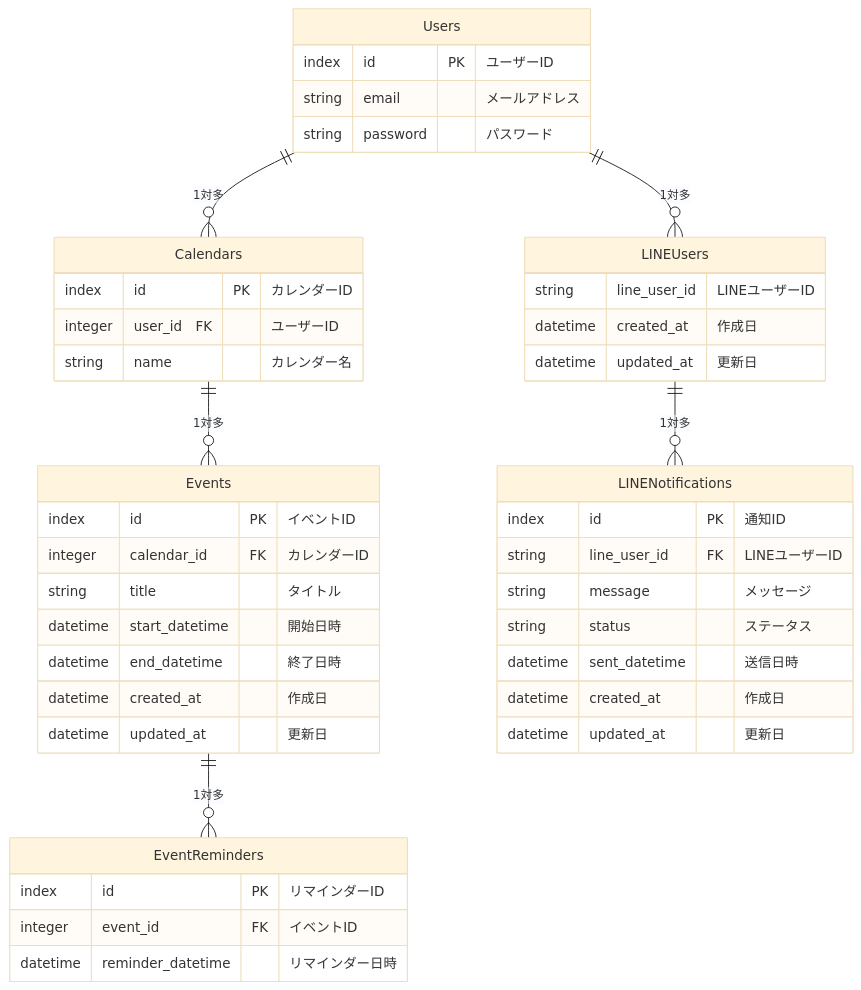
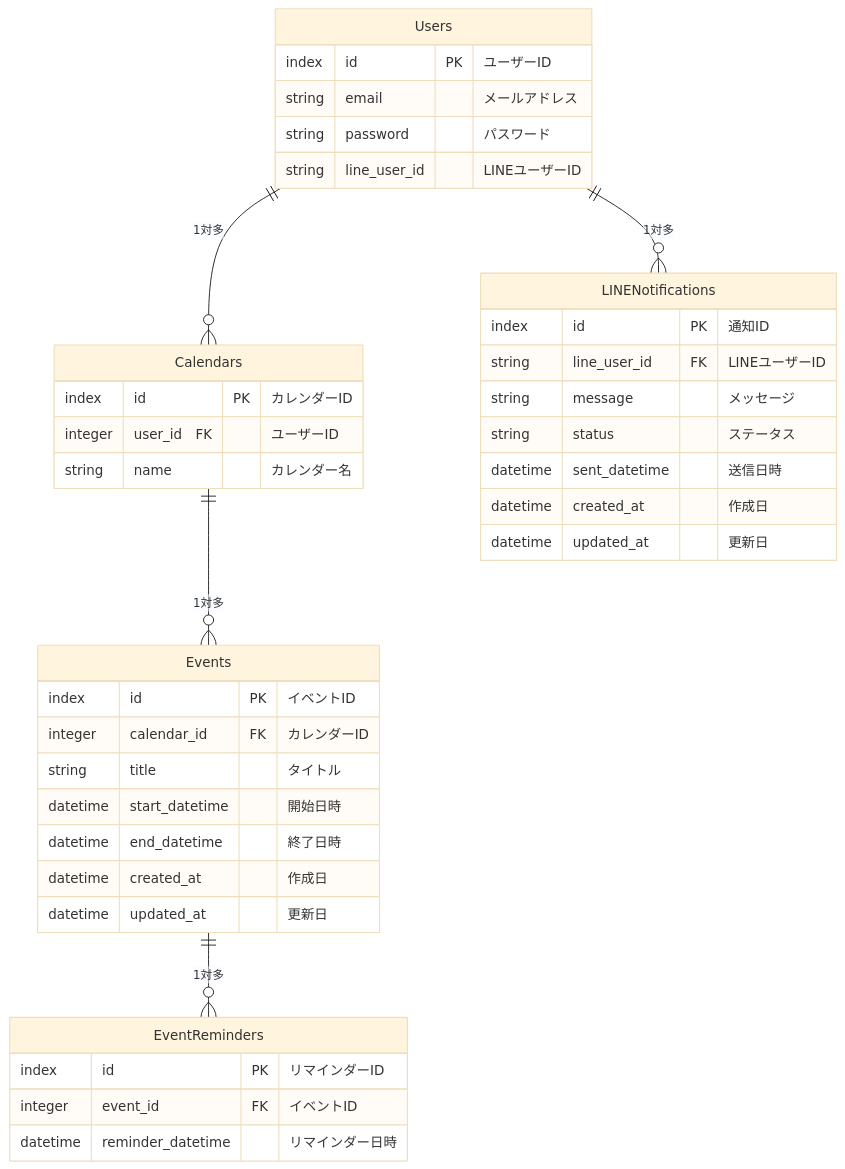
One commit to miyaki2003/README changed the diagram in mermaid.md. Above: the diagram before and after it, drawn with Mermaid (base theme). The commit also changed 1556 other files, not shown here.

````diff
--- a/mermaid.md
+++ b/mermaid.md
@@ -1,52 +1,46 @@
 ```mermaid
 erDiagram
   Users ||--o{ Calendars : "1対多"
-   Users ||--o{ LINEUsers : "1対多"
   Calendars ||--o{ Events : "1対多"
   Events ||--o{ EventReminders : "1対多"
-  LINEUsers ||--o{ LINENotifications : "1対多"
+  Users ||--o{ LINENotifications : "1対多"
 
     Users {
       index id PK "ユーザーID"
       string email "メールアドレス"
       string password "パスワード"
+      string line_user_id "LINEユーザーID"
     }
 
     Calendars {
       index id PK "カレンダーID"
       integer user_id　FK "ユーザーID"
       string name "カレンダー名"
     }
 
     Events {
       index id PK "イベントID"
       integer calendar_id FK "カレンダーID"
       string title "タイトル"
       datetime start_datetime "開始日時"
       datetime end_datetime "終了日時"
       datetime created_at "作成日"
       datetime updated_at "更新日"
   }
 
     EventReminders {
       index id PK "リマインダーID"
       integer event_id FK "イベントID"
       datetime reminder_datetime "リマインダー日時"
     }
 
-    LINEUsers{
-      string line_user_id "LINEユーザーID"
-      datetime created_at "作成日"
-      datetime updated_at "更新日"
-    }
-
     LINENotifications {
       index id PK "通知ID"
       string line_user_id FK "LINEユーザーID"
       string message "メッセージ"
       string status "ステータス"
       datetime sent_datetime "送信日時"
       datetime created_at "作成日"
       datetime updated_at "更新日"
     }
 ```
````
